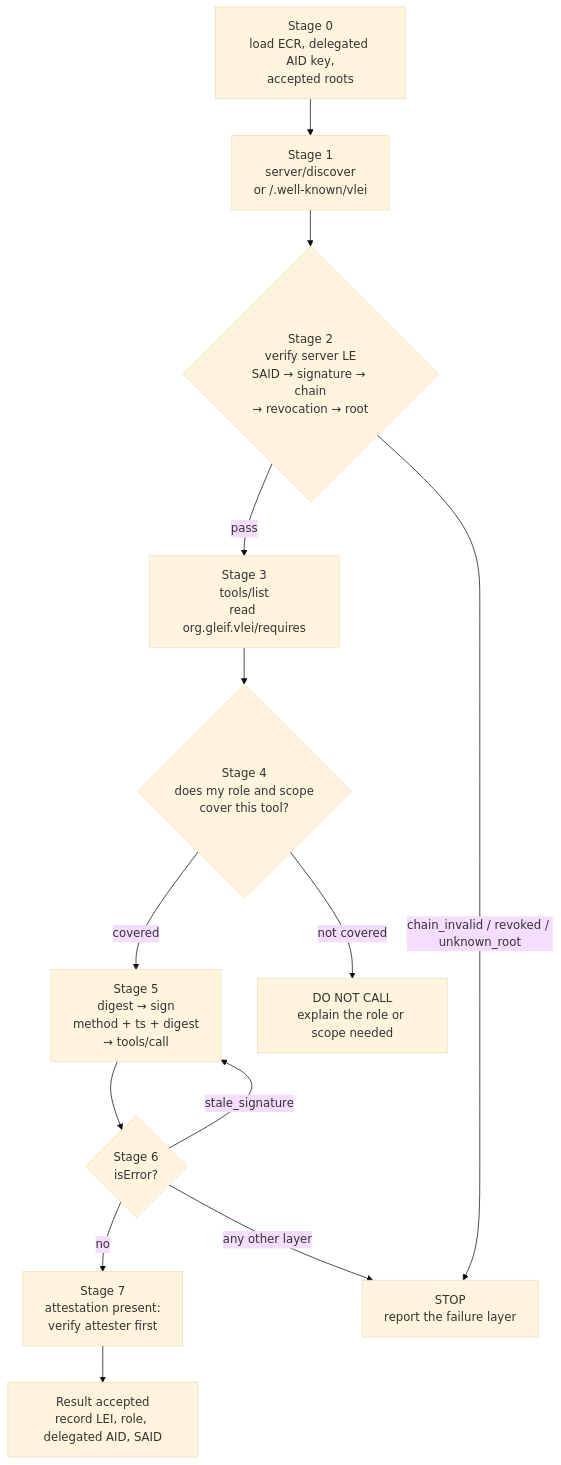
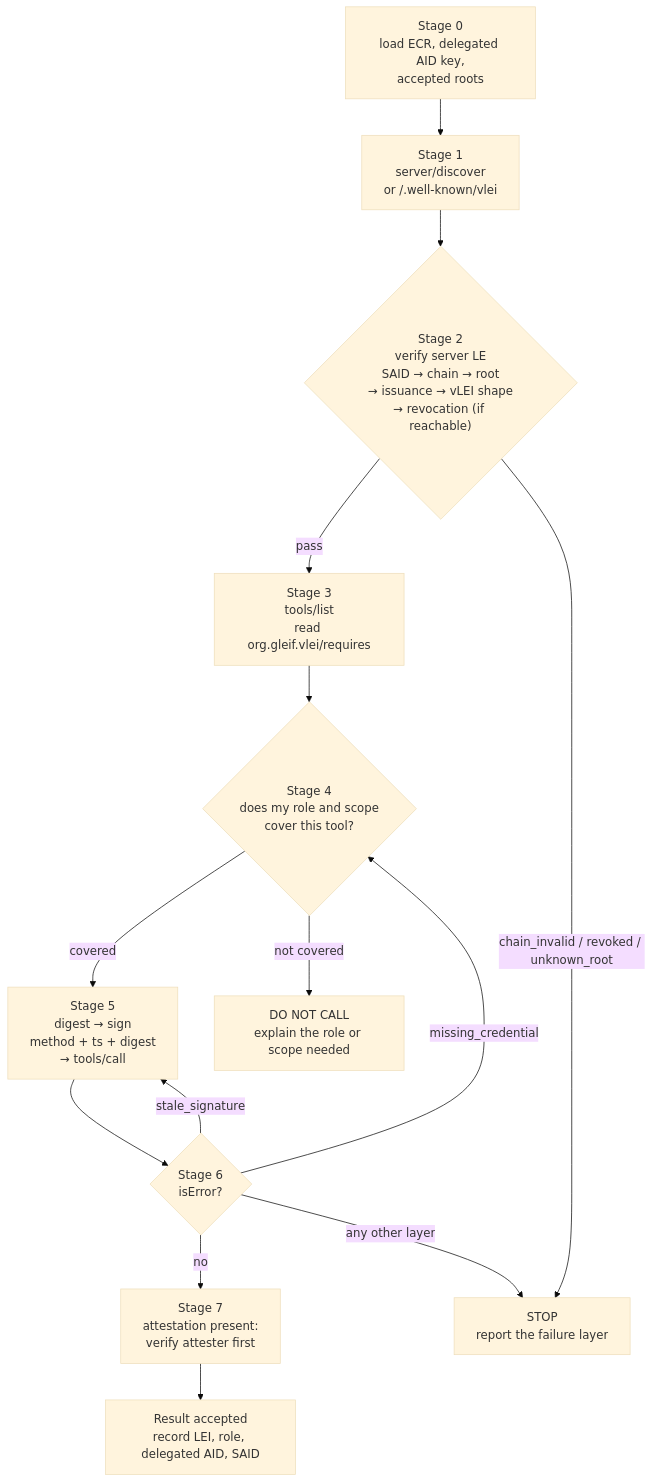
The diagram in skills/vlei-identity/workflow.md (zuemen/mcp-vlei), drawn with Mermaid (base theme) before and after one commit. The commit also changed other lines of this file and 16 other files, not shown here.

````diff
--- a/skills/vlei-identity/workflow.md
+++ b/skills/vlei-identity/workflow.md
@@ -169,25 +200,26 @@
 ```mermaid
 flowchart TD
     S0["Stage 0<br/>load ECR, delegated AID key,<br/>accepted roots"]
     S1["Stage 1<br/>server/discover<br/>or /.well-known/vlei"]
-    S2{"Stage 2<br/>verify server LE<br/>SAID → signature → chain<br/>→ revocation → root"}
+    S2{"Stage 2<br/>verify server LE<br/>SAID → chain → root<br/>→ issuance → vLEI shape<br/>→ revocation (if reachable)"}
     S3["Stage 3<br/>tools/list<br/>read org.gleif.vlei/requires"]
     S4{"Stage 4<br/>does my role and scope<br/>cover this tool?"}
     S5["Stage 5<br/>digest → sign<br/>method + ts + digest<br/>→ tools/call"]
     S6{"Stage 6<br/>isError?"}
     S7["Stage 7<br/>attestation present:<br/>verify attester first"]
     STOP["STOP<br/>report the failure layer"]
     EXPLAIN["DO NOT CALL<br/>explain the role or scope needed"]
     DONE["Result accepted<br/>record LEI, role, delegated AID, SAID"]
 
     S0 --> S1 --> S2
     S2 -->|"pass"| S3
     S2 -->|"chain_invalid / revoked / unknown_root"| STOP
     S3 --> S4
     S4 -->|"covered"| S5
     S4 -->|"not covered"| EXPLAIN
     S5 --> S6
     S6 -->|"no"| S7 --> DONE
     S6 -->|"stale_signature"| S5
+    S6 -->|"missing_credential"| S4
     S6 -->|"any other layer"| STOP
 ```
````
